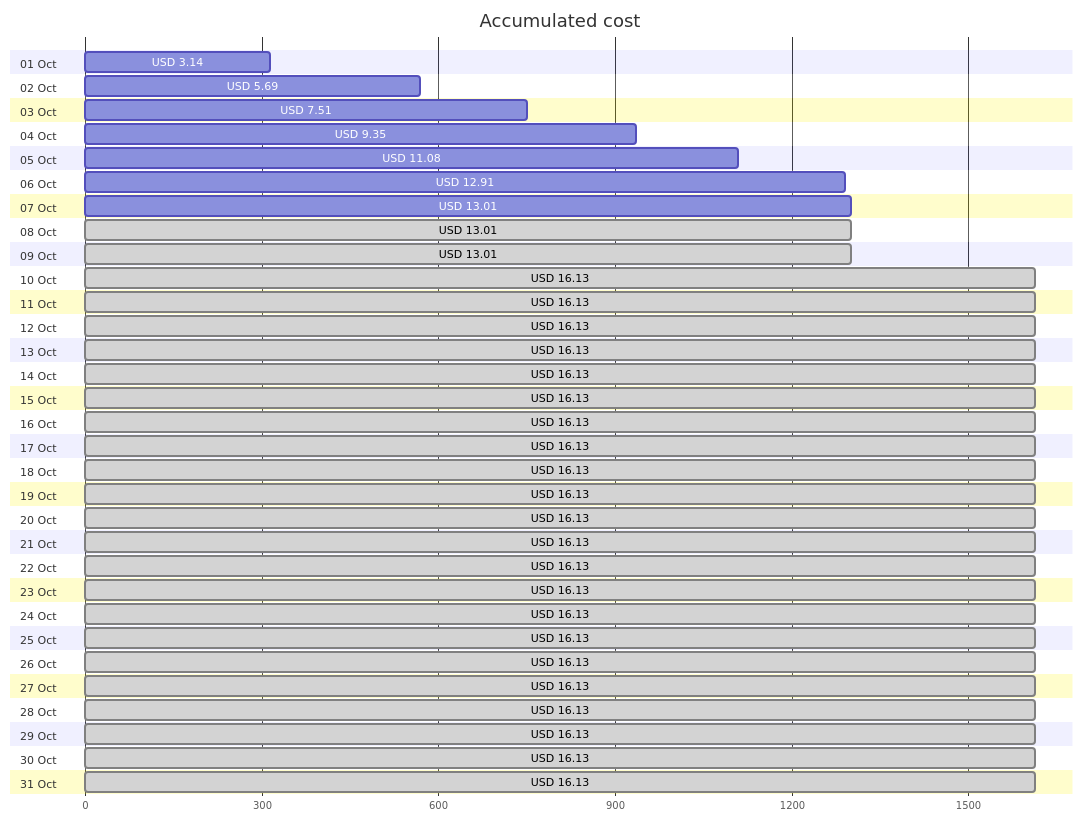
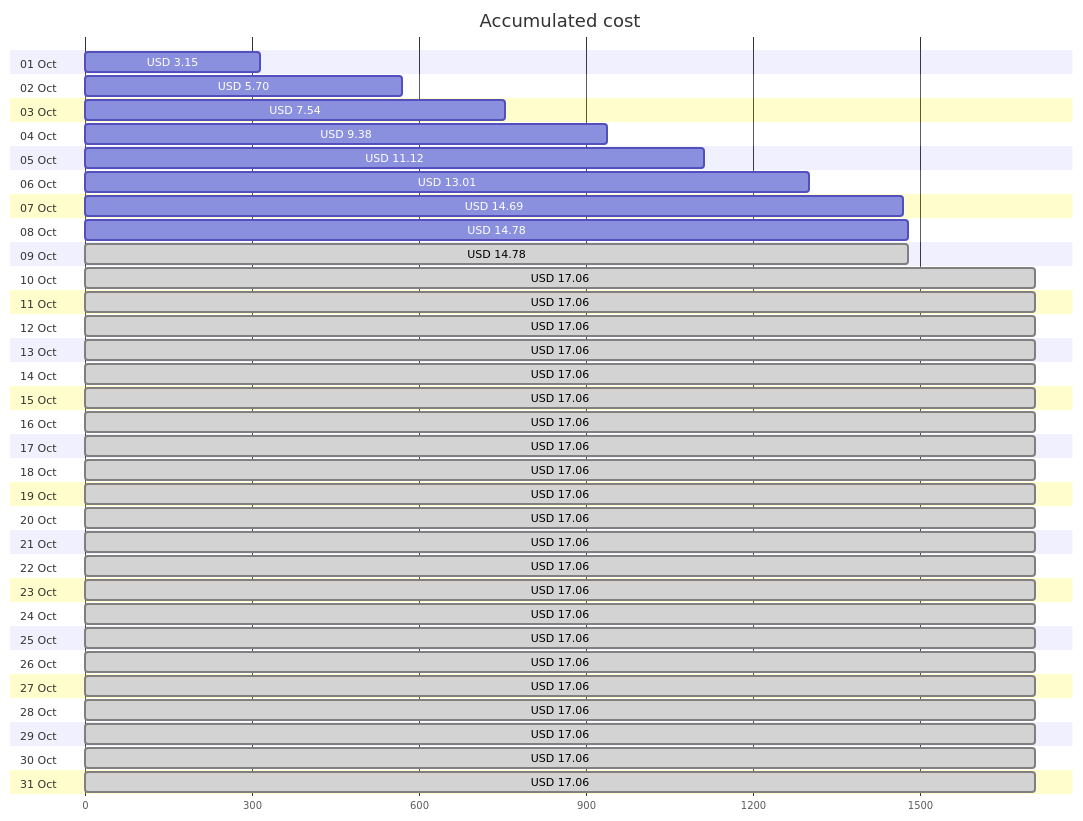
Before and after one commit to jpfulton/azure-personal-reports: the first of 4 diagrams in cost-reports/personal-network/README.md, drawn with Mermaid. The commit also changed other lines of this file and 8 other files, not shown here.

````diff
--- a/cost-reports/personal-network/README.md
+++ b/cost-reports/personal-network/README.md
@@ -20,68 +20,68 @@
 ```mermaid
 gantt
    title Accumulated cost
    dateFormat  X
    axisFormat %s
    section 01 Oct
-   USD 3.14 :0, 314
+   USD 3.15 :0, 315
    section 02 Oct
-   USD 5.69 :0, 569
+   USD 5.70 :0, 570
    section 03 Oct
-   USD 7.51 :0, 751
+   USD 7.54 :0, 754
    section 04 Oct
-   USD 9.35 :0, 935
+   USD 9.38 :0, 938
    section 05 Oct
-   USD 11.08 :0, 1108
+   USD 11.12 :0, 1112
    section 06 Oct
-   USD 12.91 :0, 1291
+   USD 13.01 :0, 1301
    section 07 Oct
-   USD 13.01 :0, 1301
+   USD 14.69 :0, 1469
    section 08 Oct
-   USD 13.01 : done, 0, 1301
+   USD 14.78 :0, 1478
    section 09 Oct
-   USD 13.01 : done, 0, 1301
+   USD 14.78 : done, 0, 1478
    section 10 Oct
-   USD 16.13 : done, 0, 1613
+   USD 17.06 : done, 0, 1706
    section 11 Oct
-   USD 16.13 : done, 0, 1613
+   USD 17.06 : done, 0, 1706
    section 12 Oct
-   USD 16.13 : done, 0, 1613
+   USD 17.06 : done, 0, 1706
    section 13 Oct
-   USD 16.13 : done, 0, 1613
+   USD 17.06 : done, 0, 1706
    section 14 Oct
-   USD 16.13 : done, 0, 1613
+   USD 17.06 : done, 0, 1706
    section 15 Oct
-   USD 16.13 : done, 0, 1613
+   USD 17.06 : done, 0, 1706
    section 16 Oct
-   USD 16.13 : done, 0, 1613
+   USD 17.06 : done, 0, 1706
    section 17 Oct
-   USD 16.13 : done, 0, 1613
+   USD 17.06 : done, 0, 1706
    section 18 Oct
-   USD 16.13 : done, 0, 1613
+   USD 17.06 : done, 0, 1706
    section 19 Oct
-   USD 16.13 : done, 0, 1613
+   USD 17.06 : done, 0, 1706
    section 20 Oct
-   USD 16.13 : done, 0, 1613
+   USD 17.06 : done, 0, 1706
    section 21 Oct
-   USD 16.13 : done, 0, 1613
+   USD 17.06 : done, 0, 1706
    section 22 Oct
-   USD 16.13 : done, 0, 1613
+   USD 17.06 : done, 0, 1706
    section 23 Oct
-   USD 16.13 : done, 0, 1613
+   USD 17.06 : done, 0, 1706
    section 24 Oct
-   USD 16.13 : done, 0, 1613
+   USD 17.06 : done, 0, 1706
    section 25 Oct
-   USD 16.13 : done, 0, 1613
+   USD 17.06 : done, 0, 1706
    section 26 Oct
-   USD 16.13 : done, 0, 1613
+   USD 17.06 : done, 0, 1706
    section 27 Oct
-   USD 16.13 : done, 0, 1613
+   USD 17.06 : done, 0, 1706
    section 28 Oct
-   USD 16.13 : done, 0, 1613
+   USD 17.06 : done, 0, 1706
    section 29 Oct
-   USD 16.13 : done, 0, 1613
+   USD 17.06 : done, 0, 1706
    section 30 Oct
-   USD 16.13 : done, 0, 1613
+   USD 17.06 : done, 0, 1706
    section 31 Oct
-   USD 16.13 : done, 0, 1613
+   USD 17.06 : done, 0, 1706
 ```
````
